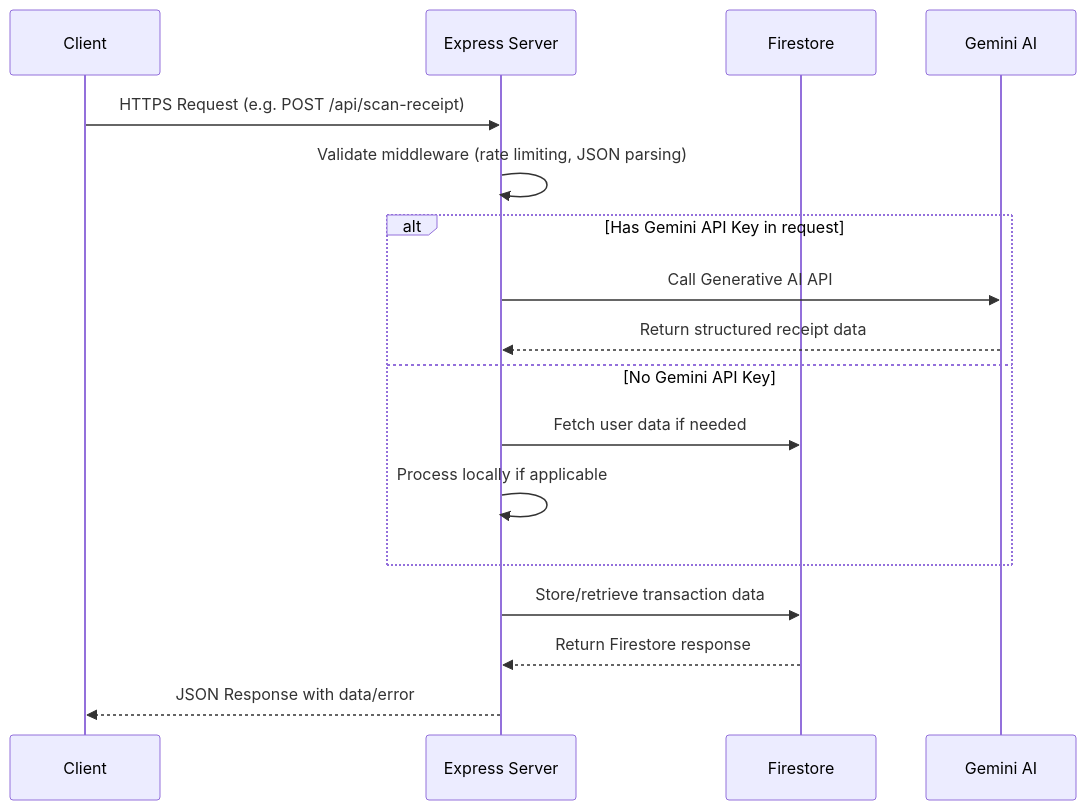
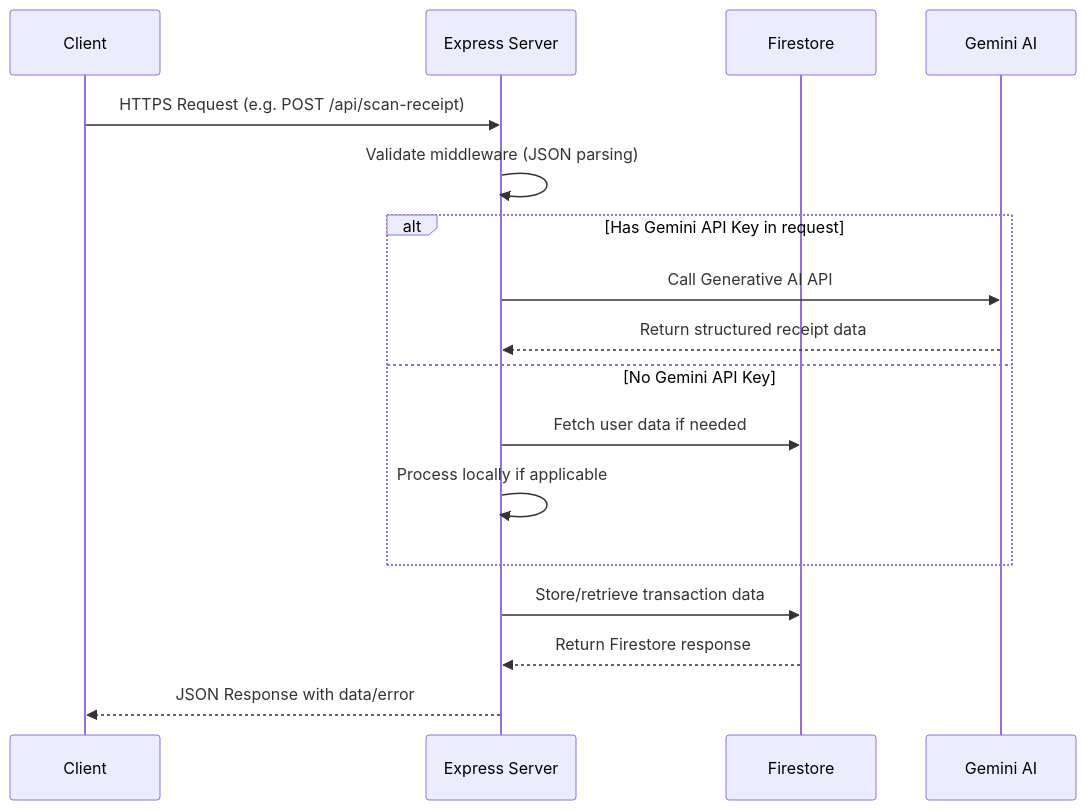
The third of 14 diagrams in README.md (Atharva0177/Expense-Planner), drawn with Mermaid before and after one commit. The commit also changed other lines of this file and 39 other files, not shown here.

````diff
--- a/README.md
+++ b/README.md
@@ -244,22 +274,22 @@
 ```mermaid
 sequenceDiagram
     participant C as Client
     participant S as Express Server
     participant F as Firestore
     participant G as Gemini AI
 
     C->>S: HTTPS Request (e.g. POST /api/scan-receipt)
-    S->>S: Validate middleware (rate limiting, JSON parsing)
+    S->>S: Validate middleware (JSON parsing)
 
     alt Has Gemini API Key in request
         S->>G: Call Generative AI API
         G-->>S: Return structured receipt data
     else No Gemini API Key
         S->>F: Fetch user data if needed
         S->>S: Process locally if applicable
     end
 
     S->>F: Store/retrieve transaction data
     F-->>S: Return Firestore response
     S-->>C: JSON Response with data/error
 ```
````
